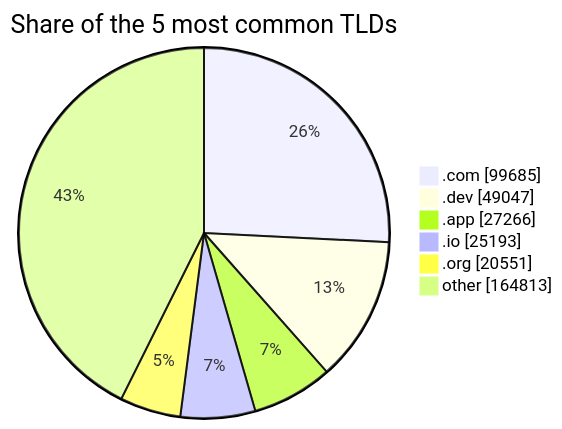
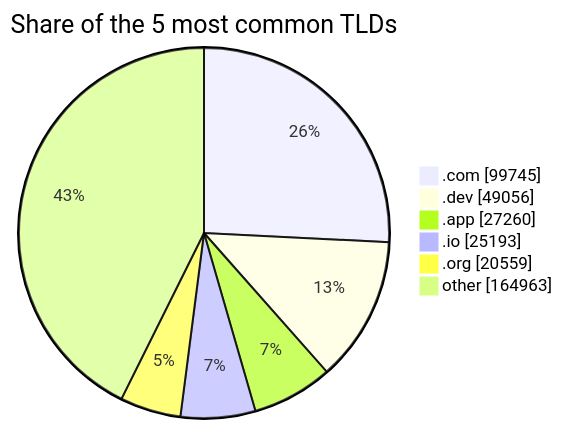
The third of 3 diagrams in README.md (DNSBunker/CTI), drawn with Mermaid before and after one commit. The commit also changed other lines of this file and 3 other files, not shown here.

````diff
--- a/README.md
+++ b/README.md
@@ -81,9 +81,9 @@
 ```mermaid
 pie showData title Share of the 5 most common TLDs
-    ".com" : 99685
-    ".dev" : 49047
-    ".app" : 27266
+    ".com" : 99745
+    ".dev" : 49056
+    ".app" : 27260
     ".io" : 25193
-    ".org" : 20551
-    "other" : 164813
+    ".org" : 20559
+    "other" : 164963
 ```
````
